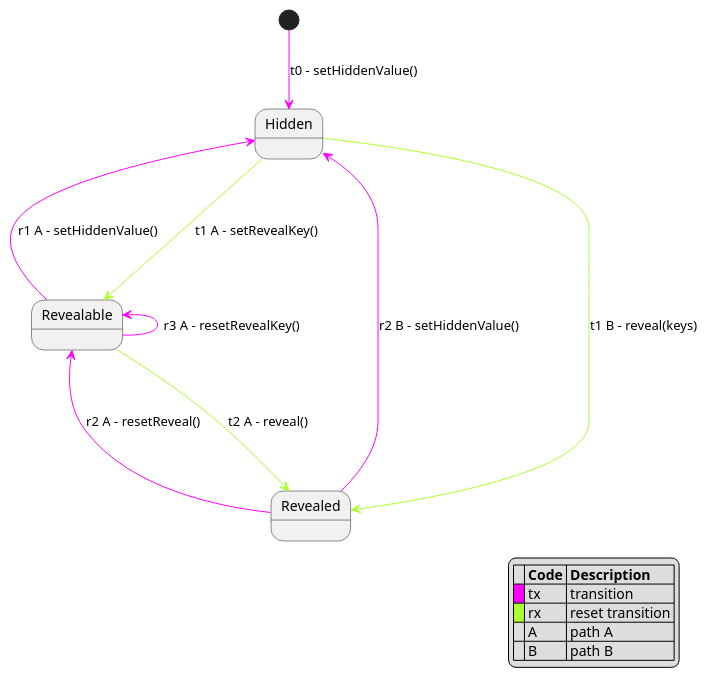
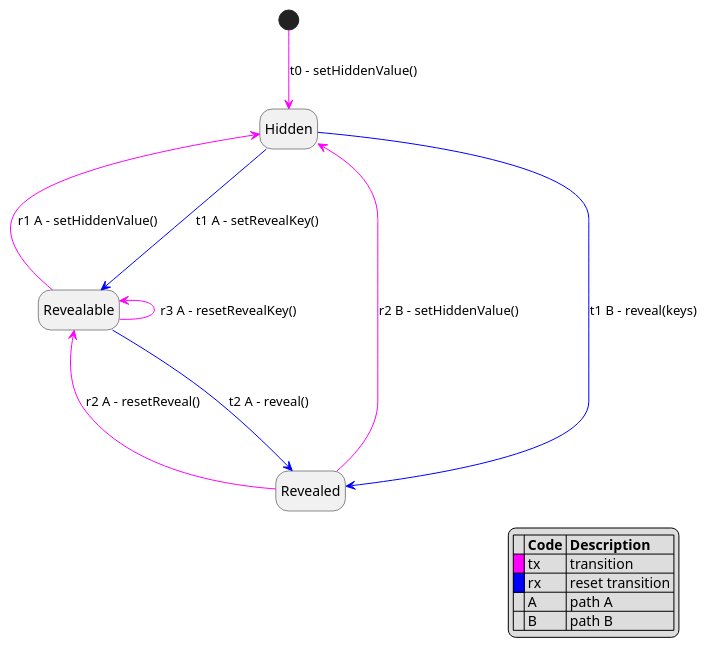
The diagram in docs/Revealable_states_details.puml (bortch/Revealable), drawn with PlantUML before and after one commit. The commit also changed 5 other files, not shown here.

```diff
--- a/docs/Revealable_states_details.puml
+++ b/docs/Revealable_states_details.puml
@@ -1,18 +1,22 @@
 @startuml
 
+hide empty description
+
 [*] -[#Fuchsia]-> Hidden: t0 - setHiddenValue()
-Hidden -[#GreenYellow]--> Revealable: t1 A - setRevealKey()
-Revealable -[#GreenYellow]--> Revealed: t2 A - reveal()
+Hidden -[#Blue]--> Revealable: t1 A - setRevealKey()
+Revealable -[#Blue]--> Revealed: t2 A - reveal()
 Hidden <-[#Fuchsia]- Revealable: r1 A - setHiddenValue()
 Revealable <-[#Fuchsia]- Revealable: r3 A - resetRevealKey()
 Revealable <-[#Fuchsia]- Revealed: r2 A - resetReveal()
-Hidden -[#GreenYellow]-> Revealed : t1 B - reveal(keys)
+Hidden -[#Blue]-> Revealed : t1 B - reveal(keys)
 Hidden <-[#Fuchsia]- Revealed: r2 B - setHiddenValue()
+
 legend right
 |= |= Code |= Description |
 |<back:#Fuchsia>   </back>| tx | transition  |
-|<back:#GreenYellow>   </back>| rx | reset transition |
+|<back:#Blue>   </back>| rx | reset transition |
 |   | A   | path A           |
 |   | B   | path B           |
 endlegend
+
 @enduml
```
